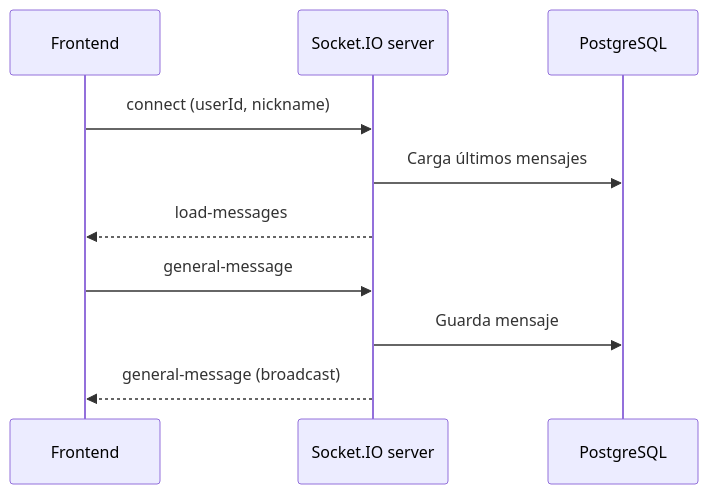
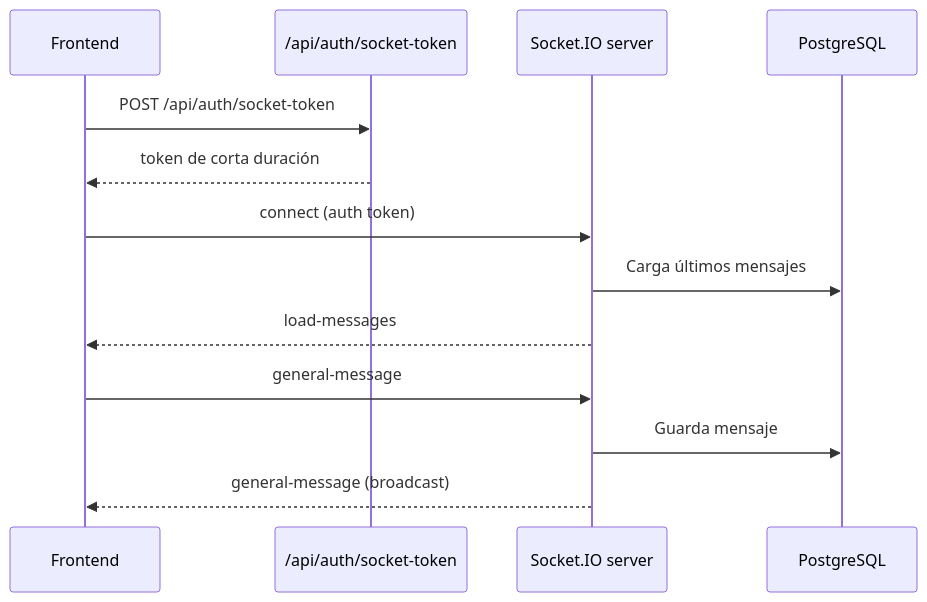
One commit to MASTER-AI-XRB/TFM changed the sixth of 7 diagrams in docs/DIAGRAMA_APP.md. Above: the diagram before and after it, drawn with Mermaid. The commit also changed other lines of this file and 17 other files, not shown here.

````diff
--- a/docs/DIAGRAMA_APP.md
+++ b/docs/DIAGRAMA_APP.md
@@ -104,13 +103,16 @@
 ```mermaid
 sequenceDiagram
   participant UI as Frontend
+  participant API as /api/auth/socket-token
   participant WS as Socket.IO server
   participant DB as PostgreSQL
 
-  UI->>WS: connect (userId, nickname)
+  UI->>API: POST /api/auth/socket-token
+  API-->>UI: token de corta duración
+  UI->>WS: connect (auth token)
   WS->>DB: Carga últimos mensajes
   WS-->>UI: load-messages
   UI->>WS: general-message
   WS->>DB: Guarda mensaje
   WS-->>UI: general-message (broadcast)
 ```
````
